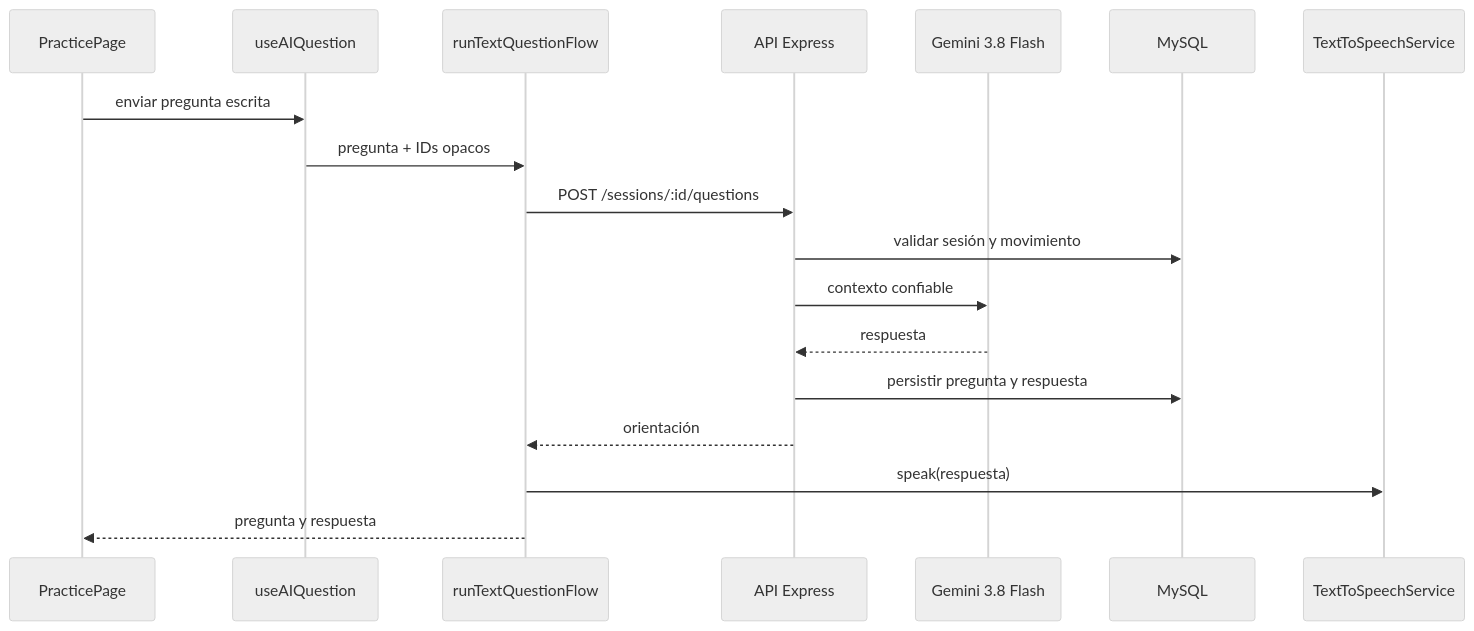
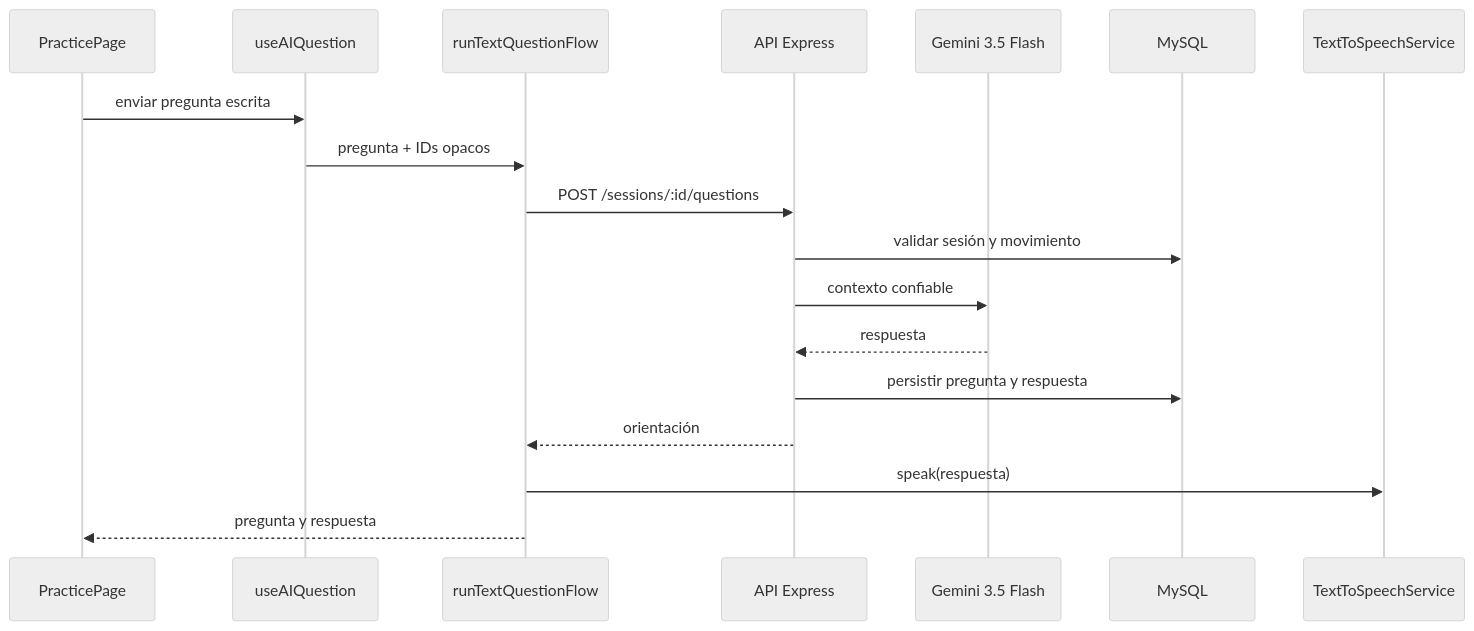
One commit to marianafloreslopez99/Taichi changed the second of 2 diagrams in docs/ARCHITECTURE.md. Above: the diagram before and after it, drawn with Mermaid (neutral theme). The commit also changed 8 other files, not shown here.

Commit message:
fix: switch assistant to Gemini 3.5 Flash

````diff
--- a/docs/ARCHITECTURE.md
+++ b/docs/ARCHITECTURE.md
@@ -17,20 +17,20 @@
 ```mermaid
 sequenceDiagram
   participant UI as PracticePage
   participant Hook as useAIQuestion
   participant Flow as runTextQuestionFlow
   participant API as API Express
-  participant LLM as Gemini 3.8 Flash
+  participant LLM as Gemini 3.5 Flash
   participant DB as MySQL
   participant TTS as TextToSpeechService
   UI->>Hook: enviar pregunta escrita
   Hook->>Flow: pregunta + IDs opacos
   Flow->>API: POST /sessions/:id/questions
   API->>DB: validar sesión y movimiento
   API->>LLM: contexto confiable
   LLM-->>API: respuesta
   API->>DB: persistir pregunta y respuesta
   API-->>Flow: orientación
   Flow->>TTS: speak(respuesta)
   Flow-->>UI: pregunta y respuesta
 ```
````
